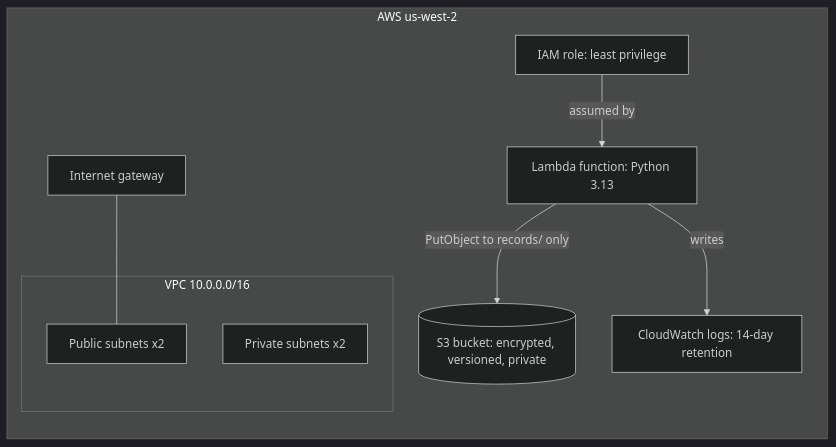
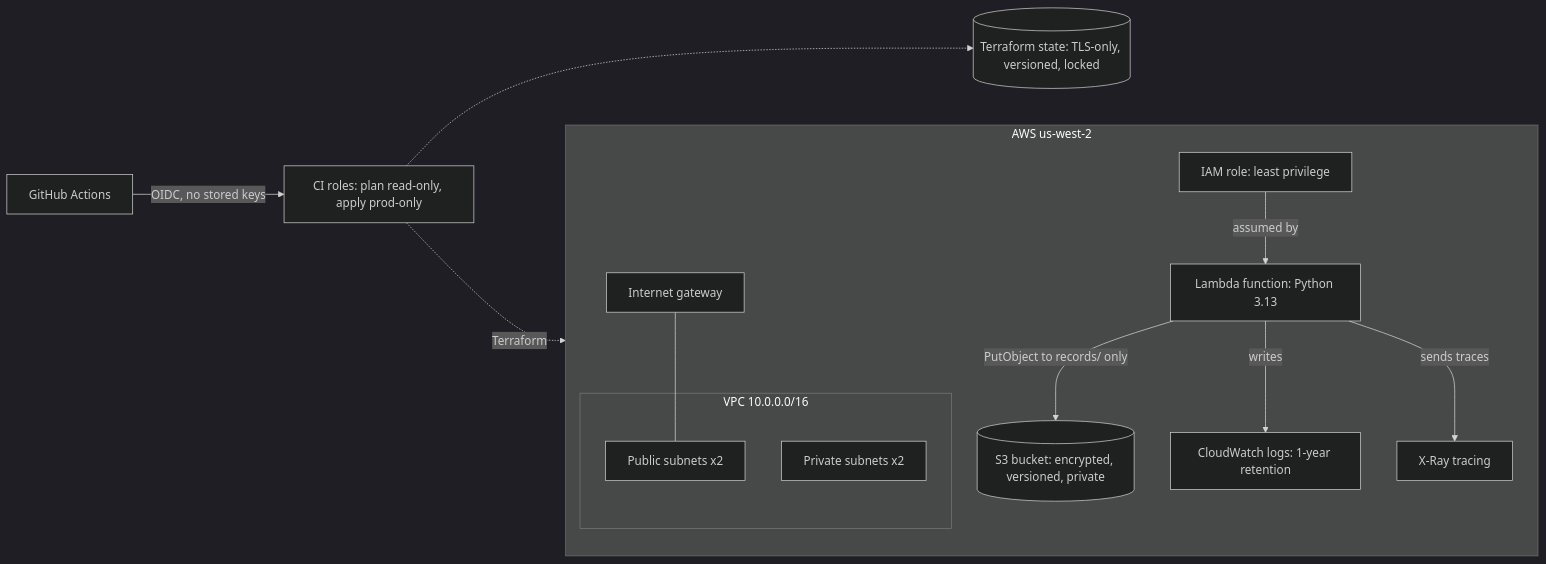
One commit to Harley305/devsecops-lab changed the diagram in README.md. Above: the diagram before and after it, drawn with Mermaid (dark theme). The commit also changed other lines of this file, not shown here.

Commit message:
Update README: scan results, exceptions, OIDC, state bucket, workflow (#2)

````diff
--- a/README.md
+++ b/README.md
@@ -9,17 +9,23 @@
 ```mermaid
 flowchart LR
   subgraph aws["AWS us-west-2"]
     subgraph vpc["VPC 10.0.0.0/16"]
       pub["Public subnets x2"]
       priv["Private subnets x2"]
     end
     igw["Internet gateway"] --- pub
     role["IAM role: least privilege"]
     fn["Lambda function: Python 3.13"]
     s3[("S3 bucket: encrypted, versioned, private")]
-    logs["CloudWatch logs: 14-day retention"]
+    logs["CloudWatch logs: 1-year retention"]
+    xray["X-Ray tracing"]
   end
+  gha["GitHub Actions"] -->|"OIDC, no stored keys"| ci["CI roles: plan read-only, apply prod-only"]
+  ci -.->|"Terraform"| aws
+  state[("Terraform state: TLS-only, versioned, locked")]
+  ci -.-> state
   role -->|"assumed by"| fn
   fn -->|"PutObject to records/ only"| s3
   fn -->|"writes"| logs
+  fn -->|"sends traces"| xray
 ```
````
